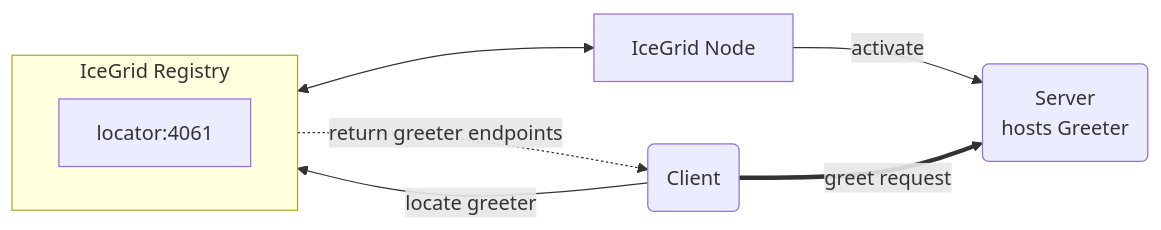
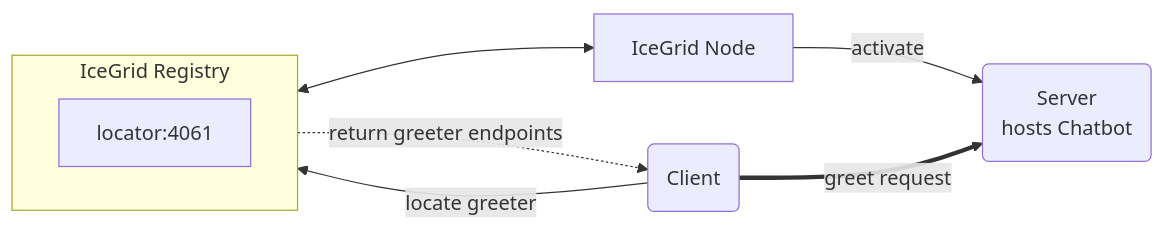
The diagram in python/IceGrid/greeter/README.md (zeroc-ice/ice-demos), drawn with Mermaid before and after one commit. The commit also changed other lines of this file and 35 other files, not shown here.

````diff
--- a/python/IceGrid/greeter/README.md
+++ b/python/IceGrid/greeter/README.md
@@ -5,13 +5,13 @@
 ```mermaid
 flowchart LR
     Client(Client) --> | locate greeter | Locator
     subgraph Registry[IceGrid Registry]
         direction LR
         Locator[locator:4061]
     end
     Node[IceGrid Node]
-    Server(Server<br/>hosts Greeter)
+    Server(Server<br/>hosts Chatbot)
     Registry <--> Node --> | activate | Server
     Locator -.-> |return greeter endpoints | Client
     Client ==> |greet request| Server
 ```
````
